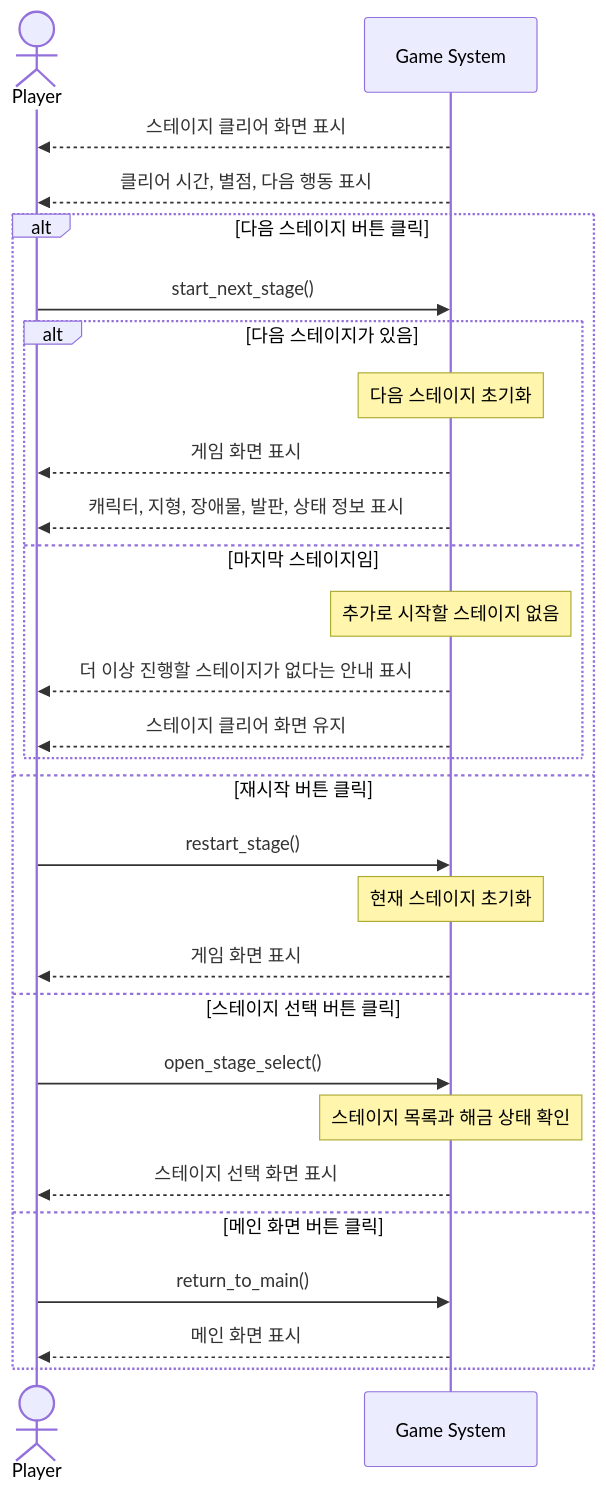
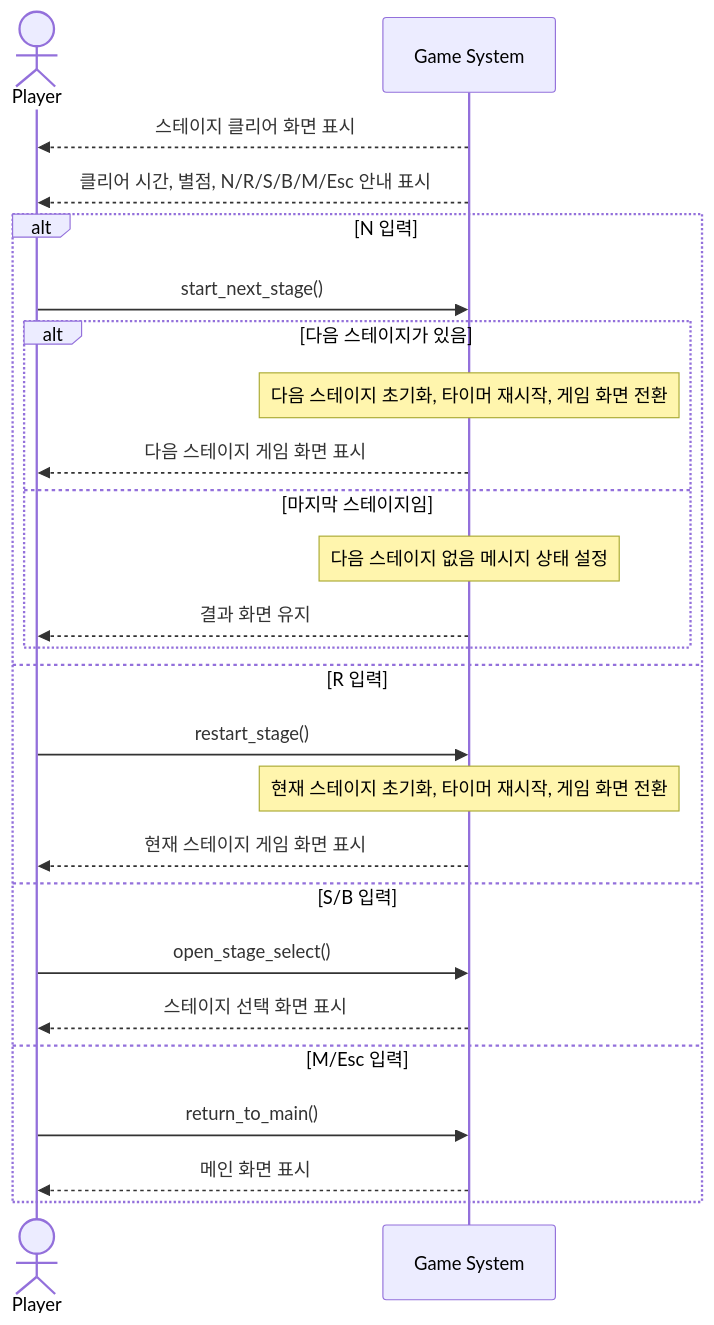
Before and after one commit to wisewo/kongoose: the seventh of 7 diagrams in doc/04_system_sequence_diagrams.md, drawn with Mermaid. The commit also changed other lines of this file and 33 other files, not shown here.

````diff
--- a/doc/04_system_sequence_diagrams.md
+++ b/doc/04_system_sequence_diagrams.md
@@ -158,32 +165,29 @@
 ```mermaid
 sequenceDiagram
     actor Player
     participant System as Game System
 
     System-->>Player: 스테이지 클리어 화면 표시
-    System-->>Player: 클리어 시간, 별점, 다음 행동 표시
+    System-->>Player: 클리어 시간, 별점, N/R/S/B/M/Esc 안내 표시
 
-    alt 다음 스테이지 버튼 클릭
+    alt N 입력
         Player->>System: start_next_stage()
         alt 다음 스테이지가 있음
-            Note over System: 다음 스테이지 초기화
-            System-->>Player: 게임 화면 표시
-            System-->>Player: 캐릭터, 지형, 장애물, 발판, 상태 정보 표시
+            Note over System: 다음 스테이지 초기화, 타이머 재시작, 게임 화면 전환
+            System-->>Player: 다음 스테이지 게임 화면 표시
         else 마지막 스테이지임
-            Note over System: 추가로 시작할 스테이지 없음
-            System-->>Player: 더 이상 진행할 스테이지가 없다는 안내 표시
-            System-->>Player: 스테이지 클리어 화면 유지
+            Note over System: 다음 스테이지 없음 메시지 상태 설정
+            System-->>Player: 결과 화면 유지
         end
-    else 재시작 버튼 클릭
+    else R 입력
         Player->>System: restart_stage()
-        Note over System: 현재 스테이지 초기화
-        System-->>Player: 게임 화면 표시
-    else 스테이지 선택 버튼 클릭
+        Note over System: 현재 스테이지 초기화, 타이머 재시작, 게임 화면 전환
+        System-->>Player: 현재 스테이지 게임 화면 표시
+    else S/B 입력
         Player->>System: open_stage_select()
-        Note over System: 스테이지 목록과 해금 상태 확인
         System-->>Player: 스테이지 선택 화면 표시
-    else 메인 화면 버튼 클릭
+    else M/Esc 입력
         Player->>System: return_to_main()
         System-->>Player: 메인 화면 표시
     end
 ```
````
